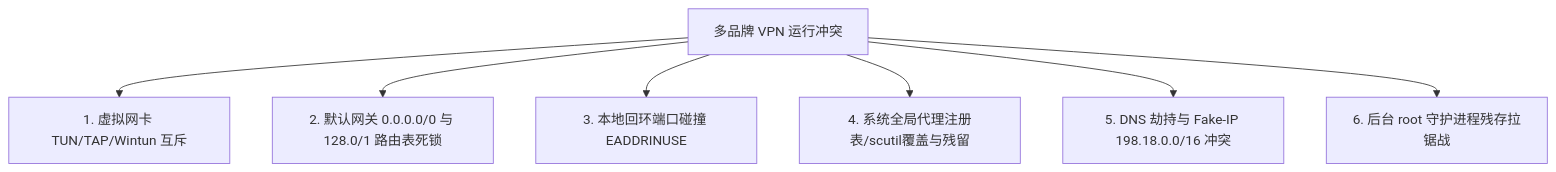
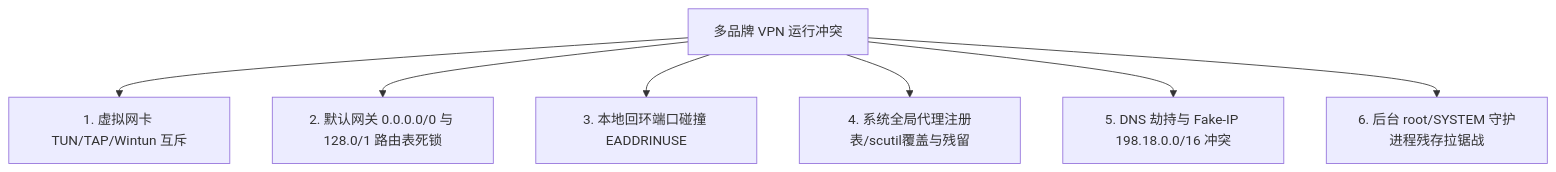
One commit to Rouen007/vpn-troubleshooting-handbook changed the first of 3 diagrams in README.md. Above: the diagram before and after it, drawn with Mermaid. The commit also changed other lines of this file and 2 other files, not shown here.

````diff
--- a/README.md
+++ b/README.md
@@ -85,9 +98,9 @@
 ```mermaid
 graph TD
     A[多品牌 VPN 运行冲突] --> B[1. 虚拟网卡 TUN/TAP/Wintun 互斥]
     A --> C[2. 默认网关 0.0.0.0/0 与 128.0/1 路由表死锁]
     A --> D[3. 本地回环端口碰撞 EADDRINUSE]
     A --> E[4. 系统全局代理注册表/scutil覆盖与残留]
     A --> F[5. DNS 劫持与 Fake-IP 198.18.0.0/16 冲突]
-    A --> G[6. 后台 root 守护进程残存拉锯战]
+    A --> G[6. 后台 root/SYSTEM 守护进程残存拉锯战]
 ```
````
